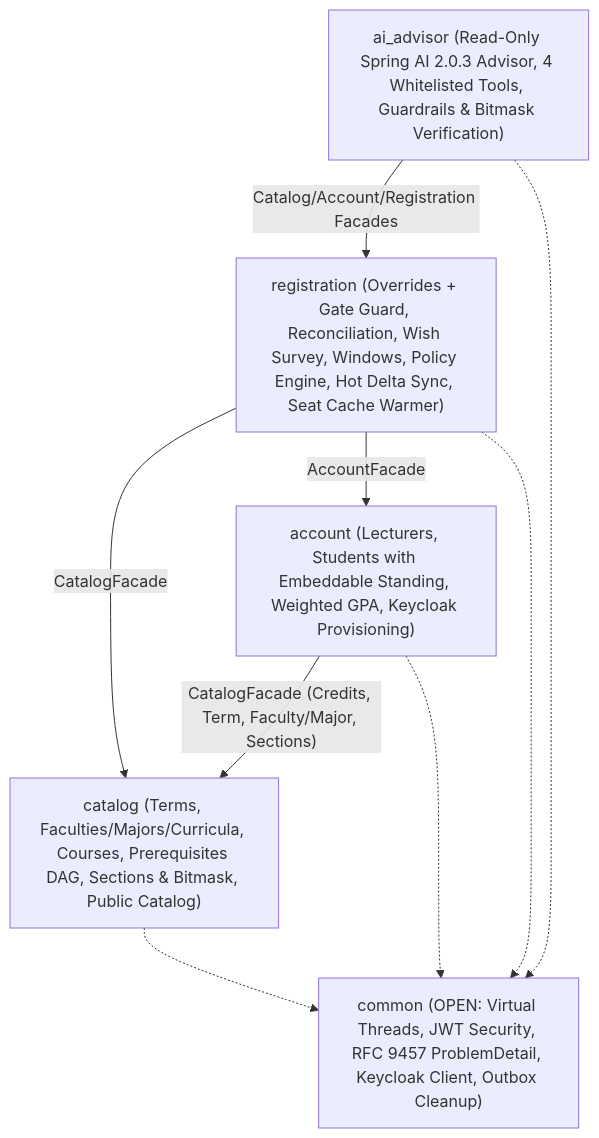
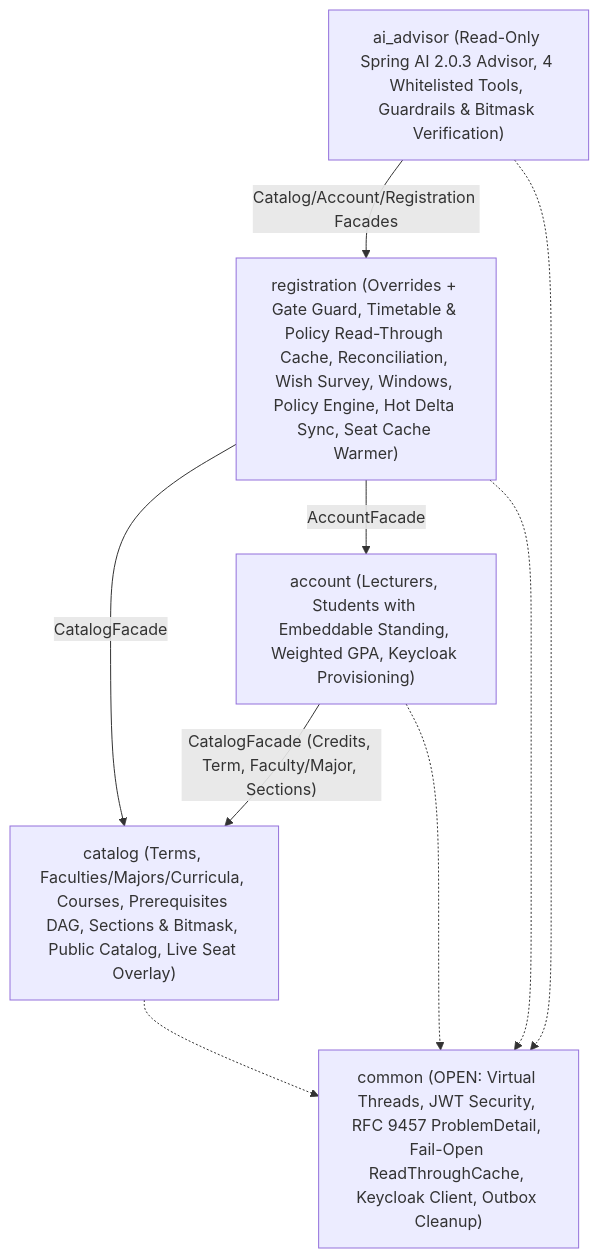
One commit to D3etMe4n/unieee changed the first of 3 diagrams in guides/en/architecture.md. Above: the diagram before and after it, drawn with Mermaid. The commit also changed other lines of this file and 13 other files, not shown here.

Commit message:
docs(guides): document Kafka enrollment outcomes, hot-path read split, and core-java read-through cache

````diff
--- a/guides/en/architecture.md
+++ b/guides/en/architecture.md
@@ -26,18 +26,18 @@
 ```mermaid
 flowchart TB
-    common["common (OPEN: Virtual Threads, JWT Security, RFC 9457 ProblemDetail, Keycloak Client, Outbox Cleanup)"]
-    catalog["catalog (Terms, Faculties/Majors/Curricula, Courses, Prerequisites DAG, Sections & Bitmask, Public Catalog)"]
+    common["common (OPEN: Virtual Threads, JWT Security, RFC 9457 ProblemDetail, Fail-Open ReadThroughCache, Keycloak Client, Outbox Cleanup)"]
+    catalog["catalog (Terms, Faculties/Majors/Curricula, Courses, Prerequisites DAG, Sections & Bitmask, Public Catalog, Live Seat Overlay)"]
     account["account (Lecturers, Students with Embeddable Standing, Weighted GPA, Keycloak Provisioning)"]
-    registration["registration (Overrides + Gate Guard, Reconciliation, Wish Survey, Windows, Policy Engine, Hot Delta Sync, Seat Cache Warmer)"]
+    registration["registration (Overrides + Gate Guard, Timetable & Policy Read-Through Cache, Reconciliation, Wish Survey, Windows, Policy Engine, Hot Delta Sync, Seat Cache Warmer)"]
     ai["ai_advisor (Read-Only Spring AI 2.0.3 Advisor, 4 Whitelisted Tools, Guardrails & Bitmask Verification)"]
 
     ai -->|"Catalog/Account/Registration Facades"| registration
     registration -->|"AccountFacade"| account
     registration -->|"CatalogFacade"| catalog
     account -->|"CatalogFacade (Credits, Term, Faculty/Major, Sections)"| catalog
 
     catalog -.-> common
     account -.-> common
     registration -.-> common
     ai -.-> common
 ```
````
